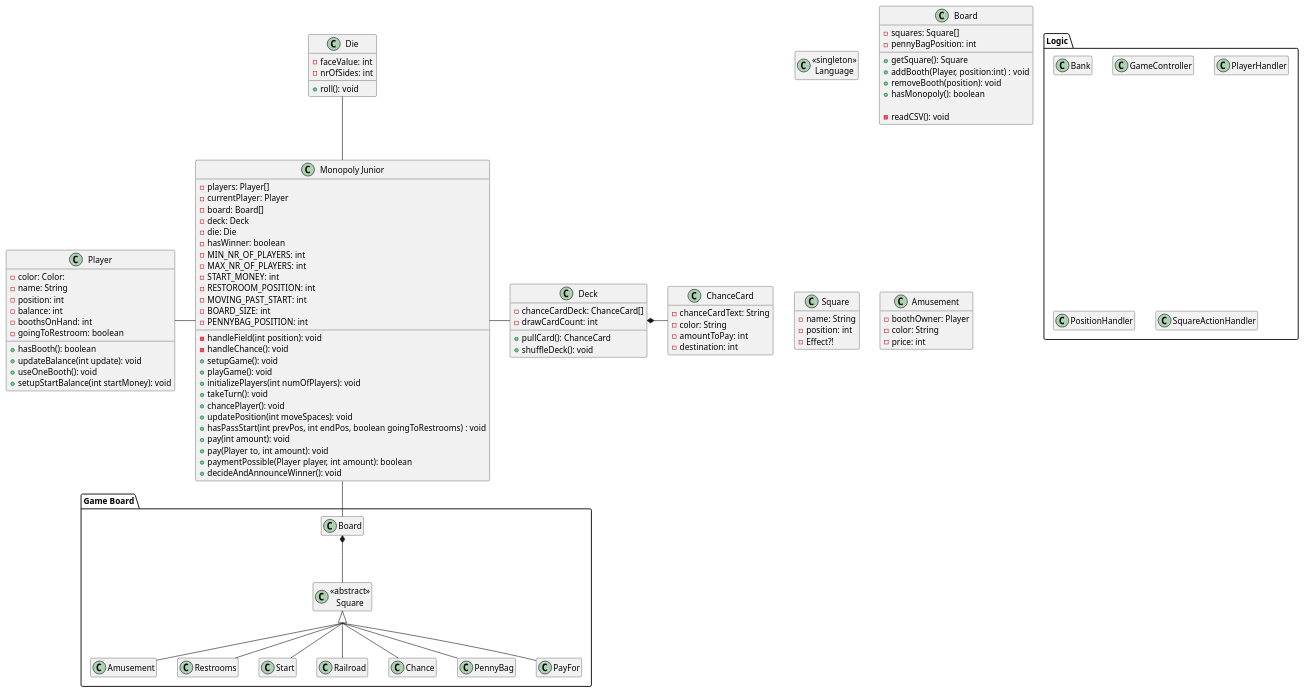
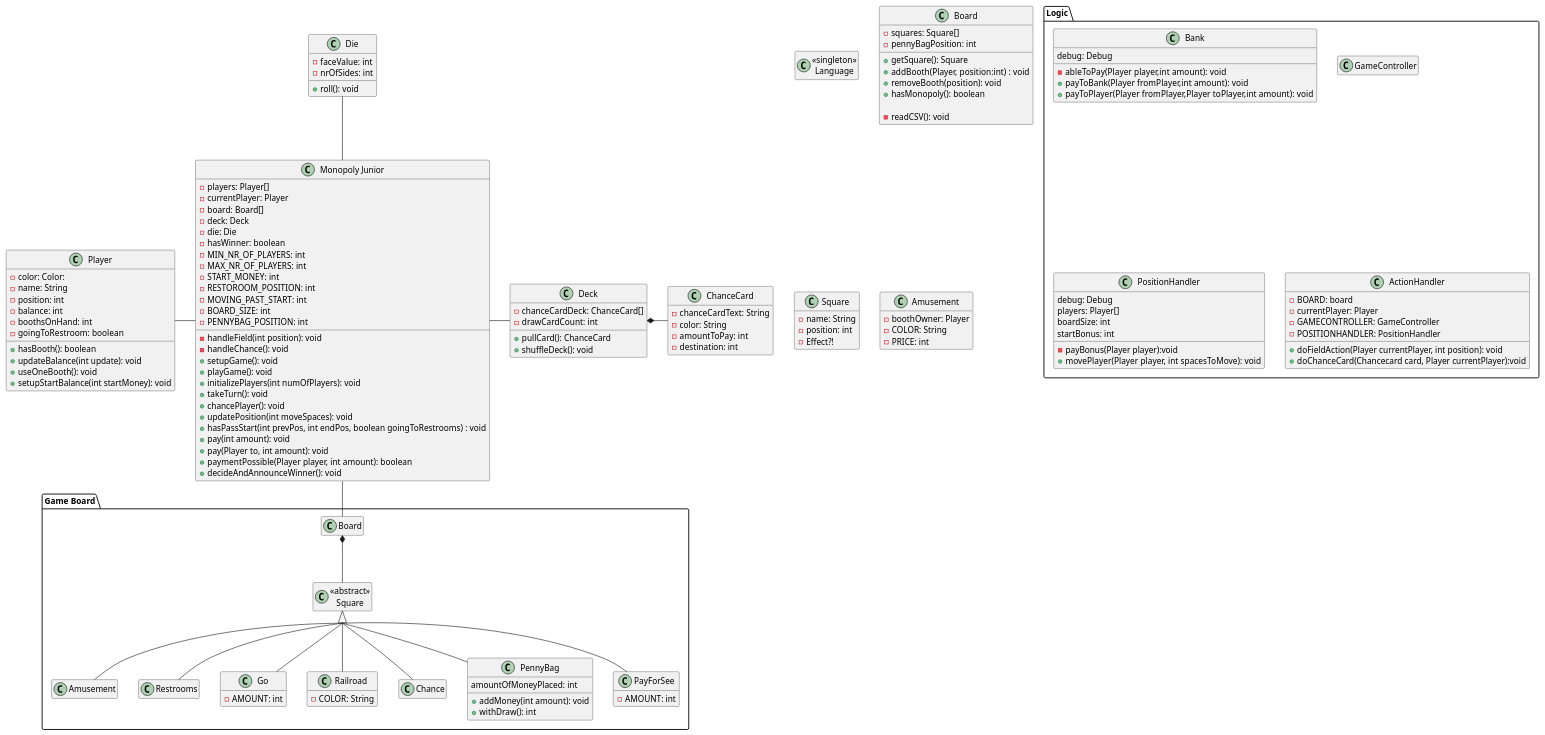
One commit to Greve2001/CDIO3 changed the diagram in diagrams/Designklasse.puml. Above: the diagram before and after it, drawn with PlantUML.

Commit message:
Updated Class diagram

```diff
--- a/diagrams/Designklasse.puml
+++ b/diagrams/Designklasse.puml
@@ -1,142 +1,200 @@
 @startuml
 
 hide empty members
 skinparam groupInheritance 2
 
 class "Monopoly Junior" as Game
 class Die
 
 package "Game Board" {
     class Board
 
     class "<<abstract>>\nSquare" as Square
         class Amusement
         class Restrooms
-        class Start
-        class Railroad
+        class Go{
+          -AMOUNT: int
+        }
+        'before was start
+        class Railroad{
+           -COLOR: String
+        }
         class Chance
-        class PennyBag
-        class PayFor
+        class PennyBag{
+           amountOfMoneyPlaced: int
+
+           +addMoney(int amount): void
+           +withDraw(): int
+
+        }
+        class PayForSee{
+           -AMOUNT: int
+        }
 }
 
 package Logic {
-    class Bank
-    class GameController
-    class PlayerHandler
-    class PositionHandler
-    class SquareActionHandler
+    class Bank{
+         debug: Debug
+        -ableToPay(Player player,int amount): void
+        +payToBank(Player fromPlayer,int amount): void
+        +payToPlayer(Player fromPlayer,Player toPlayer,int amount): void
+
+
+    }
+    class GameController{
+
+      'debug: Debug'
+      'actionHandler: ActionHandler'
+      'positionHandler: PositionHandler'
+      'board: Board
+      'die: Die
+      'gameOver: boolean
+      'extraTurn: boolean
+      '-players: Player[]
+      '-currentPlayer: Player
+
+
+
+
+    }
+    'class PlayerHandler'
+    class PositionHandler{
+       debug: Debug
+       players: Player[]
+       boardSize: int
+       startBonus: int
+
+       -payBonus(Player player):void
+       +movePlayer(Player player, int spacesToMove): void
+
+    }
+    'class SquareActionHandler'
+     class ActionHandler{
+         -BOARD: board
+         -currentPlayer: Player
+         -GAMECONTROLLER: GameController
+         -POSITIONHANDLER: PositionHandler
+
+         +doFieldAction(Player currentPlayer, int position): void
+         +doChanceCard(Chancecard card, Player currentPlayer):void
+
+
+
+
+     }
+
 }
 
 
 
 class Deck
 class ChanceCard
 class Player
 class "<<singleton>>\nLanguage" as Language
 
 Game -up- Die
 Game -right- Deck
     Deck *-right- ChanceCard
 Game -left- Player
 Game -down- Board
     Board *-down- Square
     Square <|-- Restrooms
     Square <|-- Amusement
     Square <|-- Railroad
-    Square <|-- PayFor
+    Square <|-- PayForSee
     Square <|-- PennyBag
-    Square <|-- Start
+    Square <|-- Go
     Square <|-- Chance
 
 class Game {
     -players: Player[]
     -currentPlayer: Player
     -board: Board[]
     -deck: Deck
     -die: Die
     -hasWinner: boolean
     -MIN_NR_OF_PLAYERS: int
     -MAX_NR_OF_PLAYERS: int
     -START_MONEY: int
     -RESTOROOM_POSITION: int
     -MOVING_PAST_START: int
     -BOARD_SIZE: int
     -PENNYBAG_POSITION: int
 
     -handleField(int position): void
     -handleChance(): void
     +setupGame(): void
     +playGame(): void
     +initializePlayers(int numOfPlayers): void
     +takeTurn(): void
     +chancePlayer(): void
     +updatePosition(int moveSpaces): void
     +hasPassStart(int prevPos, int endPos, boolean goingToRestrooms) : void
     +pay(int amount): void
     +pay(Player to, int amount): void
     +paymentPossible(Player player, int amount): boolean
     +decideAndAnnounceWinner(): void
 
 }
 
 class Board {
     -squares: Square[]
     -pennyBagPosition: int
 
     +getSquare(): Square
     +addBooth(Player, position:int) : void
     +removeBooth(position): void
     +hasMonopoly(): boolean
 
     -readCSV(): void
 }
 
 class Square {
     -name: String
     -position: int
     -Effect?!
 }
 
 class Die {
     -faceValue: int
     -nrOfSides: int
 
     +roll(): void
 }
 
 class Player {
     -color: Color:
     -name: String
     -position: int
     -balance: int
     -boothsOnHand: int
     -goingToRestroom: boolean
 
     +hasBooth(): boolean
     +updateBalance(int update): void
     +useOneBooth(): void
     +setupStartBalance(int startMoney): void
 }
 
 class Deck {
     -chanceCardDeck: ChanceCard[]
     -drawCardCount: int
 
     +pullCard(): ChanceCard
     +shuffleDeck(): void
 }
 class ChanceCard {
     -chanceCardText: String
     -color: String
     -amountToPay: int
     -destination: int
 
 }
 class Amusement {
     -boothOwner: Player
-    -color: String
-    -price: int
+    -COLOR: String
+    -PRICE: int
 
 }
 
 @enduml
```
